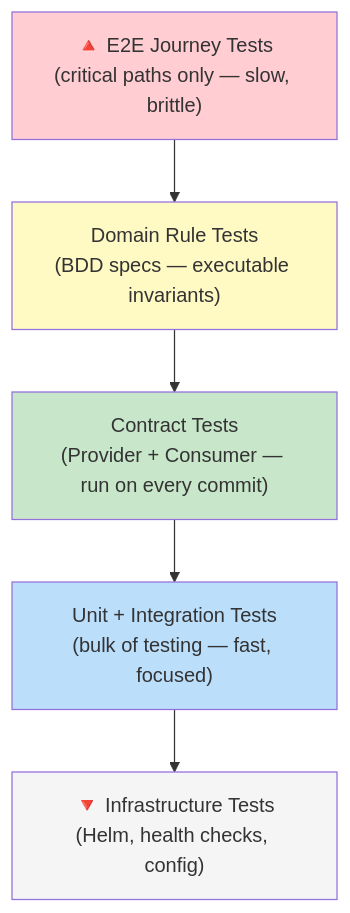
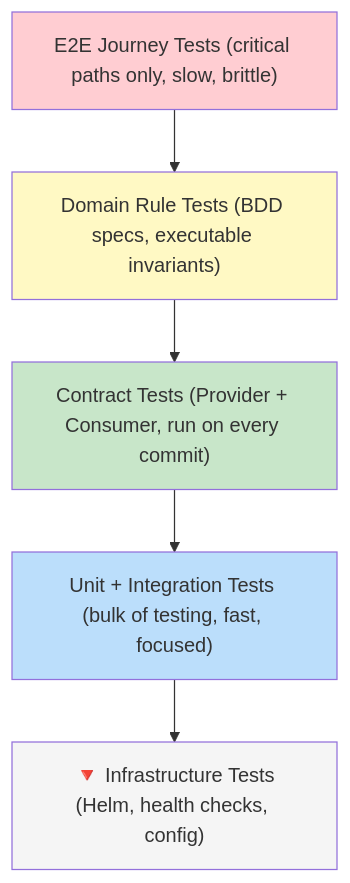
One commit to mrchughes/architecting-modern-government-services changed diagram 11 of 11 in Paper_1_DDD_Clean_Architecture.md. Above: the diagram before and after it, drawn with Mermaid. The commit also changed other lines of this file and 1 other file, not shown here.

````diff
--- a/Paper_1_DDD_Clean_Architecture.md
+++ b/Paper_1_DDD_Clean_Architecture.md
@@ -1413,19 +1413,19 @@
 ```mermaid
 flowchart TB
-    E2E["🔺 E2E Journey Tests\n(critical paths only — slow, brittle)"]
-    Domain["Domain Rule Tests\n(BDD specs — executable invariants)"]
-    Contract["Contract Tests\n(Provider + Consumer — run on every commit)"]
-    Unit["Unit + Integration Tests\n(bulk of testing — fast, focused)"]
+    E2E["E2E Journey Tests (critical paths only, slow, brittle)"]
+    Domain["Domain Rule Tests (BDD specs, executable invariants)"]
+    Contract["Contract Tests (Provider + Consumer, run on every commit)"]
+    Unit["Unit + Integration Tests (bulk of testing, fast, focused)"]
     Infra["🔻 Infrastructure Tests\n(Helm, health checks, config)"]
 
     E2E --> Domain
     Domain --> Contract
     Contract --> Unit
     Unit --> Infra
 
     style E2E fill:#ffcdd2
     style Domain fill:#fff9c4
     style Contract fill:#c8e6c9
     style Unit fill:#bbdefb
     style Infra fill:#f5f5f5
 ```
````
